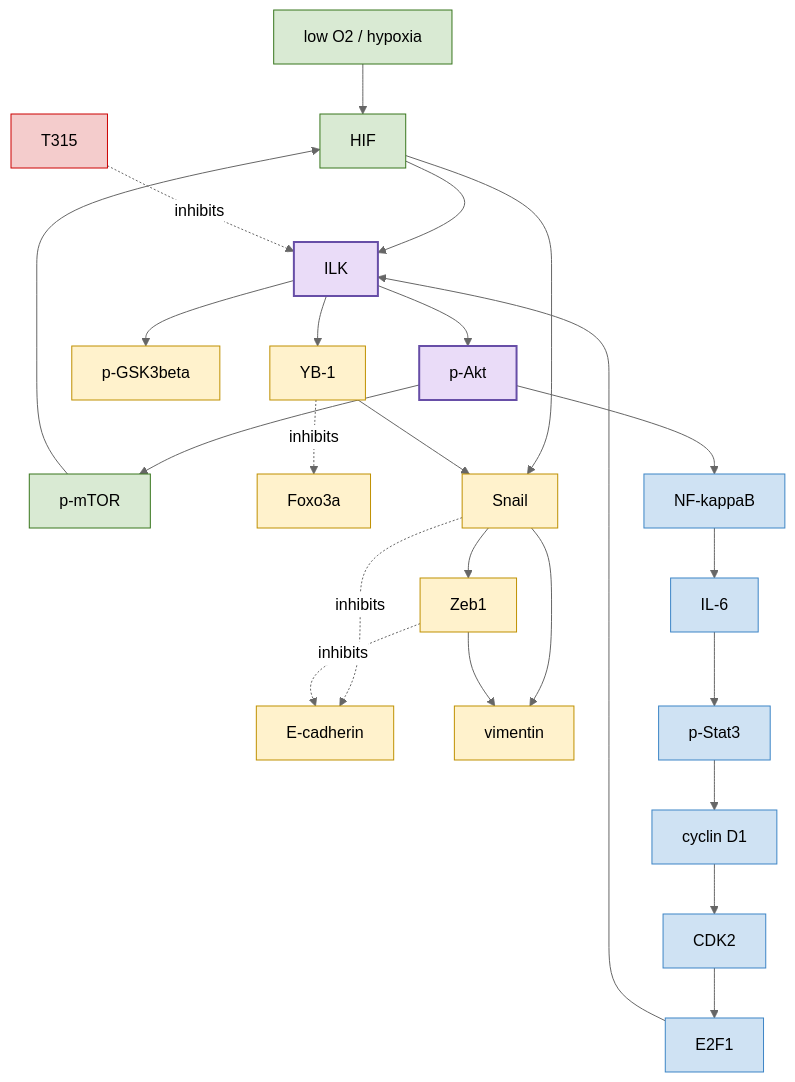
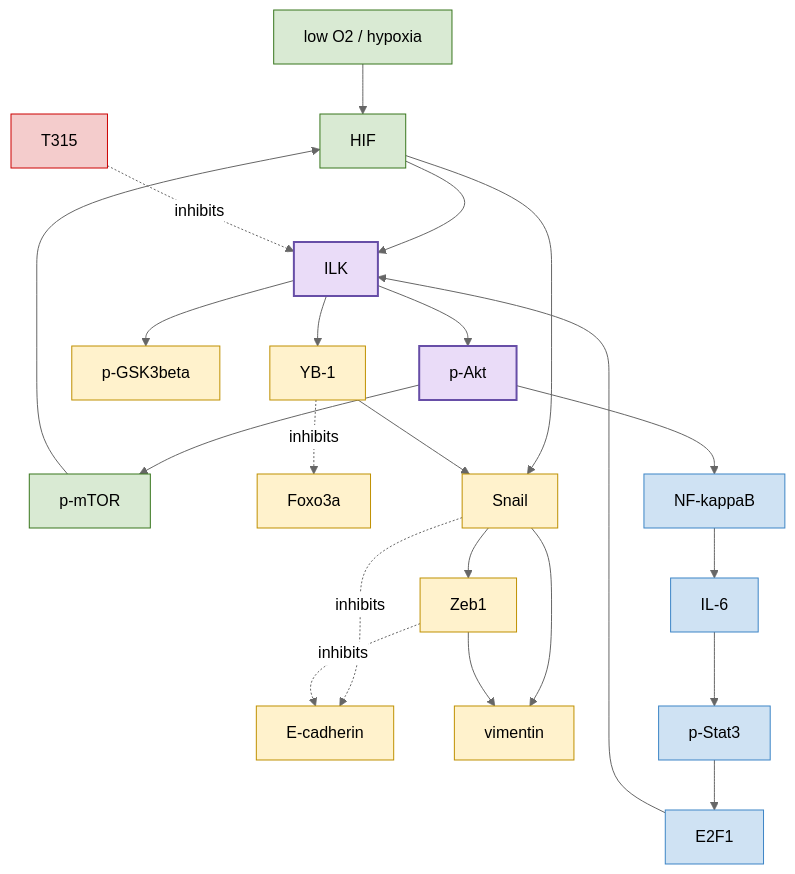
One commit to SemdeGroot/BM-Project changed the diagram in analysis/methods/mermaid.md. Above: the diagram before and after it, drawn with Mermaid (neutral theme).

Commit message:
updated the mermaid diagram

````diff
--- a/analysis/methods/mermaid.md
+++ b/analysis/methods/mermaid.md
@@ -3,44 +3,42 @@
 ```mermaid
 flowchart TB
     %% Gilin et al. core
     O2["low O2 / hypoxia"] --> HIF["HIF"]
     HIF --> ILK["ILK"]
     ILK --> pAkt["p-Akt"]
     pAkt --> pmTOR["p-mTOR"]
     pmTOR --> HIF
 
     %% Chou et al. extension
     ILK --> pGSK3["p-GSK3beta"]
     ILK --> YB1["YB-1"]
     YB1 -.->|inhibits| Foxo3a["Foxo3a"]
     HIF --> Snail["Snail"]
     YB1 --> Snail
     Snail --> Zeb1["Zeb1"]
     Snail -.->|inhibits| Ecad["E-cadherin"]
     Zeb1 -.->|inhibits| Ecad
     Snail --> Vim["vimentin"]
     Zeb1 --> Vim
     T315["T315"] -.->|inhibits| ILK
 
     %% Hsu et al. extension
     IL6["IL-6"] --> pStat3["p-Stat3"]
-    pStat3 --> CyclinD1["cyclin D1"]
-    CyclinD1 --> CDK2["CDK2"]
-    CDK2 --> E2F1["E2F1"]
+    pStat3 --> E2F1["E2F1"]
     E2F1 --> ILK
     pAkt --> NFkB["NF-kappaB"]
     NFkB --> IL6
 
     %% Styling
     classDef gilin fill:#d9ead3,stroke:#38761d,stroke-width:1px,color:#000;
     classDef chou fill:#fff2cc,stroke:#bf9000,stroke-width:1px,color:#000;
     classDef hsu fill:#cfe2f3,stroke:#3d85c6,stroke-width:1px,color:#000;
     classDef inhibitor fill:#f4cccc,stroke:#cc0000,stroke-width:1px,color:#000;
     classDef shared fill:#eadcf8,stroke:#674ea7,stroke-width:2px,color:#000;
 
     class O2,HIF,pmTOR gilin;
     class pGSK3,YB1,Foxo3a,Snail,Zeb1,Ecad,Vim chou;
-    class IL6,pStat3,CyclinD1,CDK2,E2F1,NFkB hsu;
+    class IL6,pStat3,E2F1,NFkB hsu;
     class T315 inhibitor;
     class ILK,pAkt shared;
 ```
````
